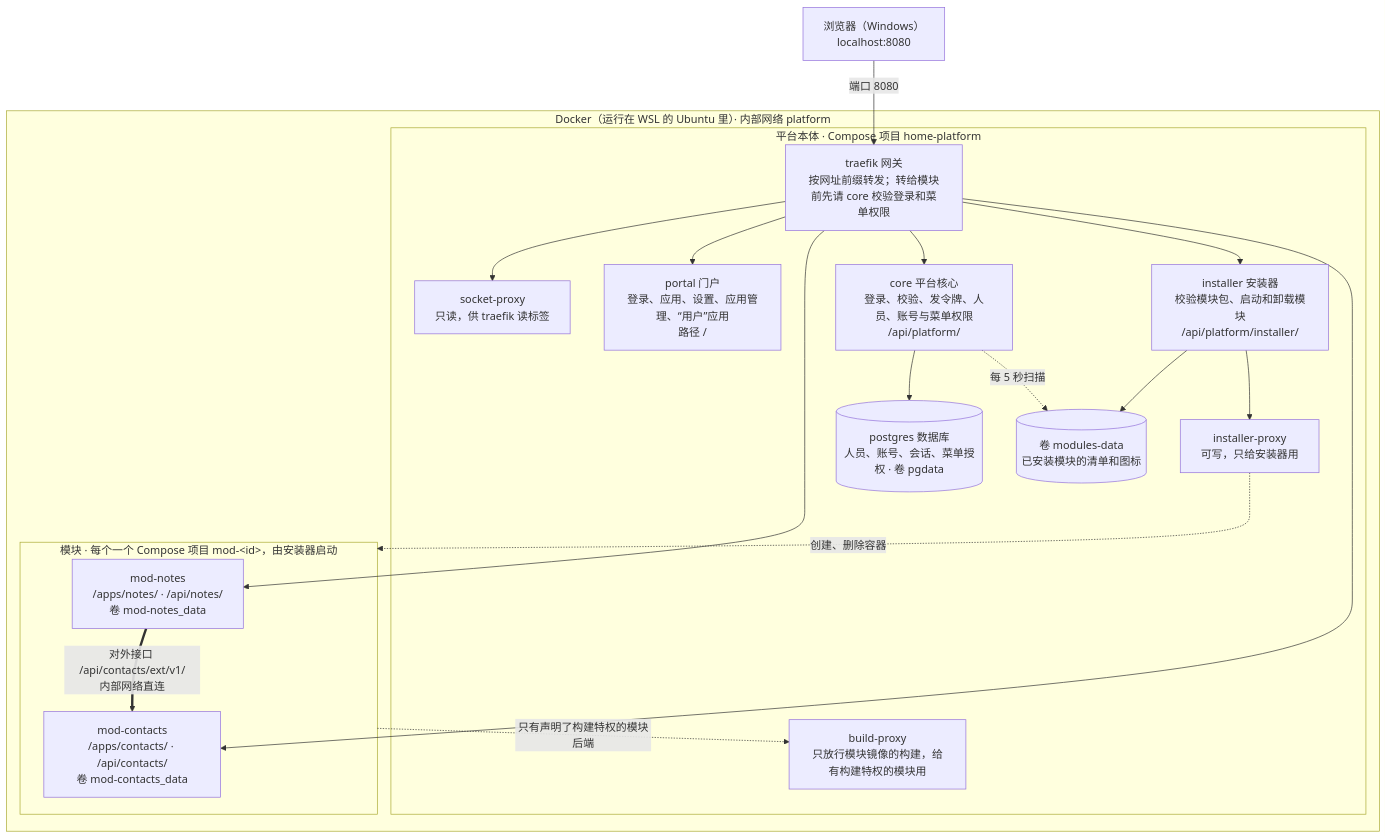
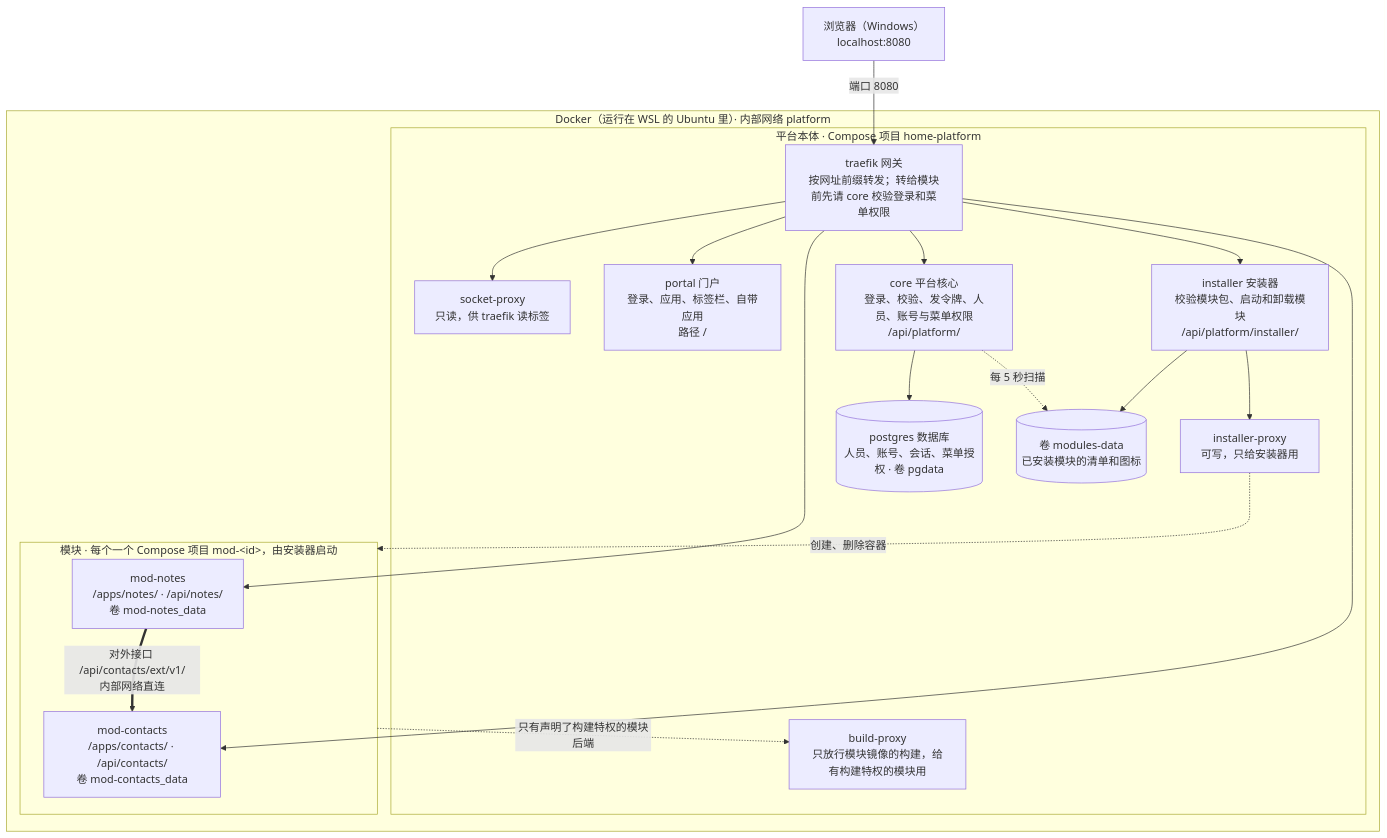
The diagram in ARCHITECTURE.md (Beane-Big/vibebooth), drawn with Mermaid before and after one commit. The commit also changed other lines of this file and 11 other files, not shown here.

````diff
--- a/ARCHITECTURE.md
+++ b/ARCHITECTURE.md
@@ -20,35 +20,35 @@
 ```mermaid
 flowchart TB
     browser["浏览器（Windows）<br/>localhost:8080"]
     subgraph docker["Docker（运行在 WSL 的 Ubuntu 里）· 内部网络 platform"]
         subgraph base["平台本体 · Compose 项目 home-platform"]
             traefik["traefik 网关<br/>按网址前缀转发；转给模块前先请 core 校验登录和菜单权限"]
             socket["socket-proxy<br/>只读，供 traefik 读标签"]
-            portal["portal 门户<br/>登录、应用、设置、应用管理、“用户”应用<br/>路径 /"]
+            portal["portal 门户<br/>登录、应用、标签栏、自带应用<br/>路径 /"]
             core["core 平台核心<br/>登录、校验、发令牌、人员、账号与菜单权限<br/>/api/platform/"]
             installer["installer 安装器<br/>校验模块包、启动和卸载模块<br/>/api/platform/installer/"]
             iproxy["installer-proxy<br/>可写，只给安装器用"]
             bproxy["build-proxy<br/>只放行模块镜像的构建，给有构建特权的模块用"]
             pg[("postgres 数据库<br/>人员、账号、会话、菜单授权 · 卷 pgdata")]
             mods[("卷 modules-data<br/>已安装模块的清单和图标")]
         end
         subgraph modules["模块 · 每个一个 Compose 项目 mod-&lt;id&gt;，由安装器启动"]
             notes["mod-notes<br/>/apps/notes/ · /api/notes/<br/>卷 mod-notes_data"]
             contacts["mod-contacts<br/>/apps/contacts/ · /api/contacts/<br/>卷 mod-contacts_data"]
         end
     end
     browser -- "端口 8080" --> traefik
     traefik --> socket
     traefik --> portal
     traefik --> core
     traefik --> installer
     traefik --> notes
     traefik --> contacts
     core --> pg
     core -. "每 5 秒扫描" .-> mods
     installer --> mods
     installer --> iproxy
     modules -. "只有声明了构建特权的模块后端" .-> bproxy
     iproxy -. "创建、删除容器" .-> modules
     notes == "对外接口 /api/contacts/ext/v1/<br/>内部网络直连" ==> contacts
 ```
````
